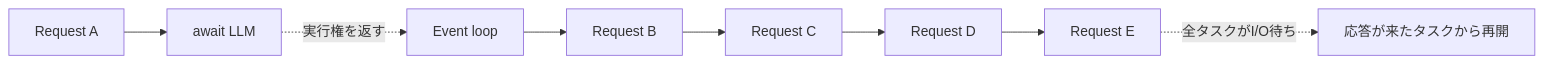
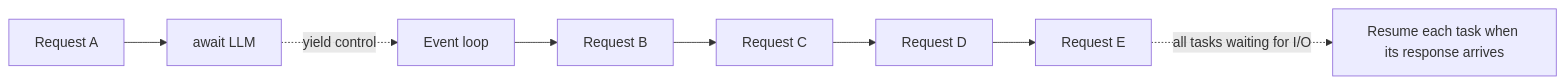
Before and after one commit to shionhonda/hippocampus-garden: the third of 5 diagrams in src/content/posts/wsgi_asgi/index.md, drawn with Mermaid. The commit also changed other lines of this file and 4 other files, not shown here.

````diff
--- a/src/content/posts/wsgi_asgi/index.md
+++ b/src/content/posts/wsgi_asgi/index.md
@@ -204,13 +201,13 @@
 ```mermaid
 flowchart LR
-    accTitle: await中にイベントループへ実行権を返す流れ
-    accDescr: Request AがLLM APIを待つ間に実行権がイベントループへ戻り、BからEまでのタスクが順に開始される
+    accTitle: Yielding control to the event loop while awaiting I/O
+    accDescr: Request A yields control while waiting for the LLM API, allowing the event loop to start requests B through E
 
     A1["Request A"] --> A2["await LLM"]
-    A2 -. "実行権を返す" .-> L["Event loop"]
+    A2 -. "yield control" .-> L["Event loop"]
     L --> B["Request B"]
     B --> C["Request C"]
     C --> D["Request D"]
     D --> E["Request E"]
-    E -. "全タスクがI/O待ち" .-> R["応答が来たタスクから再開"]
+    E -. "all tasks waiting for I/O" .-> R["Resume each task when its response arrives"]
 ```
````
